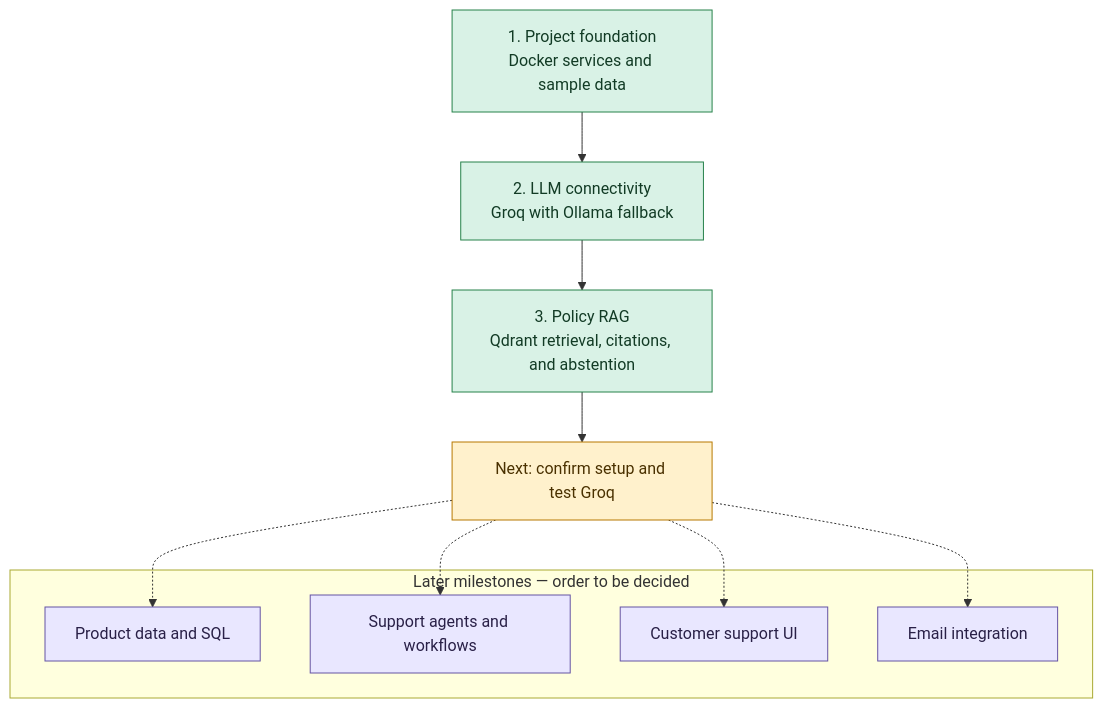
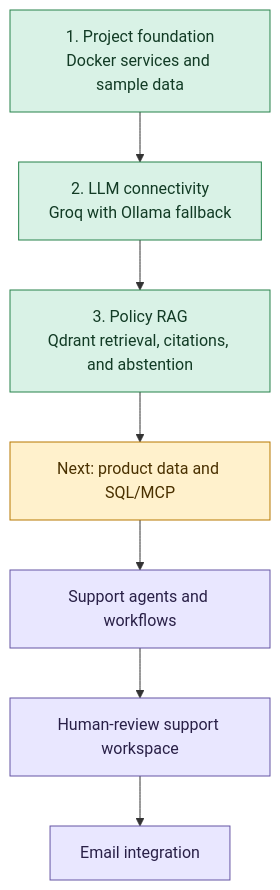
The diagram in README.md (hamdankhan1208/technest-assist), drawn with Mermaid before and after one commit. The commit also changed other lines of this file and 2 other files, not shown here.

Commit message:
Policy RAG update

````diff
--- a/README.md
+++ b/README.md
@@ -31,27 +33,19 @@
 ```mermaid
 flowchart TD
     foundation["1. Project foundation<br/>Docker services and sample data"]
     llm["2. LLM connectivity<br/>Groq with Ollama fallback"]
     rag["3. Policy RAG<br/>Qdrant retrieval, citations, and abstention"]
-    validation["Next: confirm setup and test Groq"]
+    product["Next: product data and SQL/MCP"]
+    agents["Support agents and workflows"]
+    ui["Human-review support workspace"]
+    email["Email integration"]
 
-    subgraph later["Later milestones — order to be decided"]
-        product["Product data and SQL"]
-        agents["Support agents and workflows"]
-        ui["Customer support UI"]
-        email["Email integration"]
-    end
-
-    foundation --> llm --> rag --> validation
-    validation -.-> product
-    validation -.-> agents
-    validation -.-> ui
-    validation -.-> email
+    foundation --> llm --> rag --> product --> agents --> ui --> email
 
     classDef done fill:#d9f2e6,stroke:#27824b,color:#123b25
     classDef next fill:#fff1cc,stroke:#b77900,color:#4a3100
     classDef planned fill:#e9e7ff,stroke:#6554a4,color:#292047
     class foundation,llm,rag done
-    class validation next
-    class product,agents,ui,email planned
+    class product next
+    class agents,ui,email planned
 ```
````
